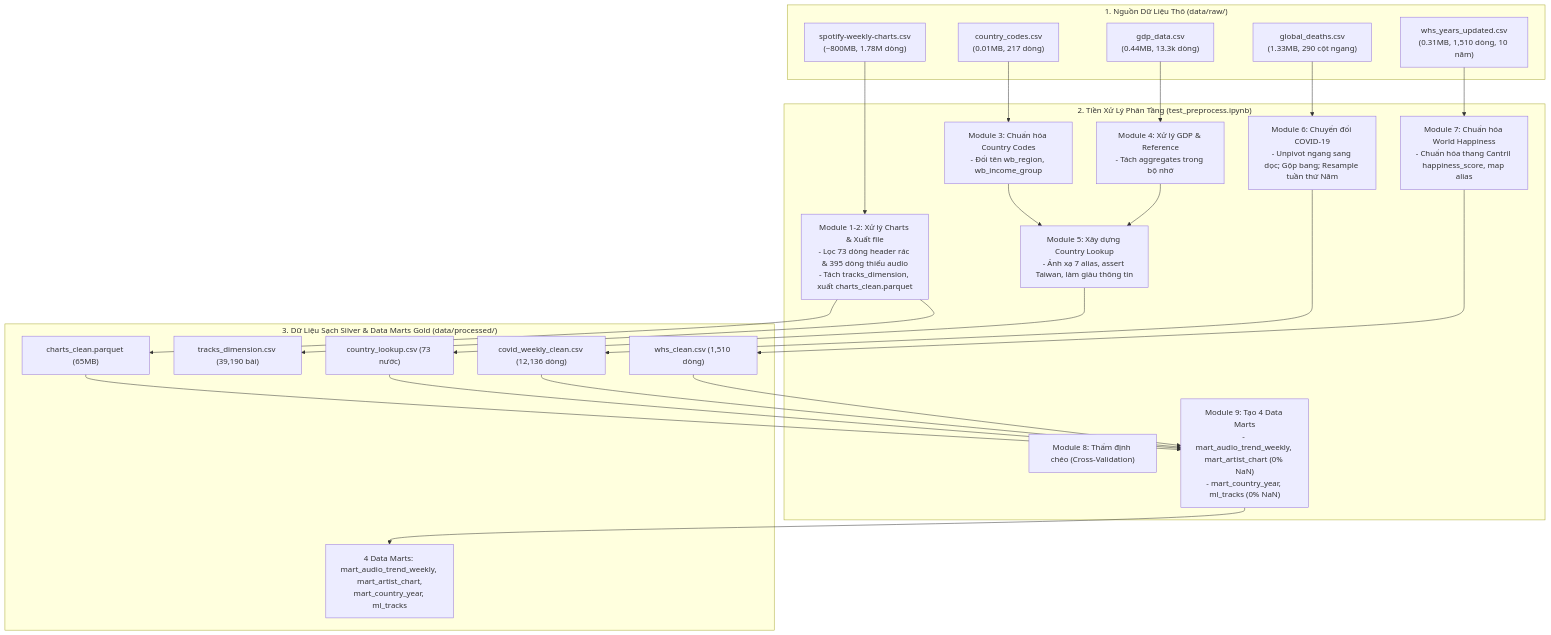
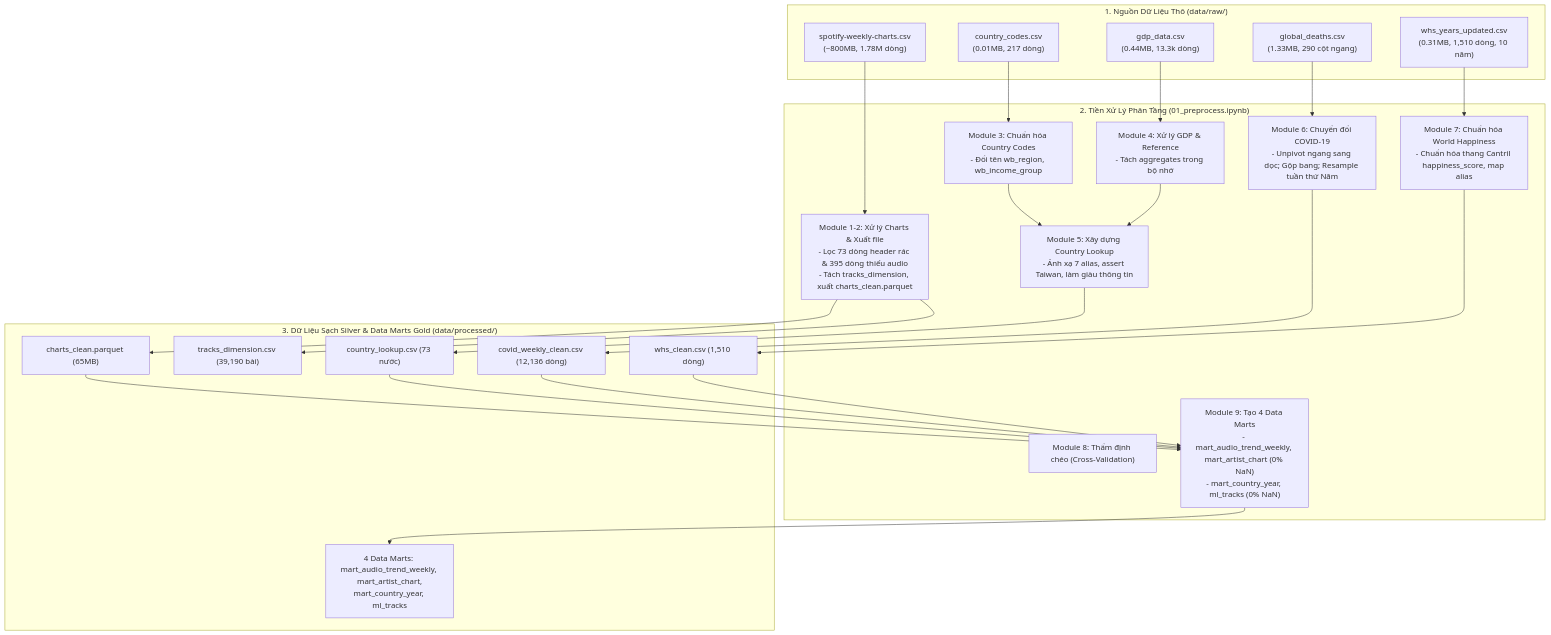
The fourth of 5 diagrams in docs/BAO_CAO_KHAO_SAT_DU_LIEU.md (lyhiahan/Spotify_Audio_Trends_Analytics), drawn with Mermaid before and after one commit. The commit also changed other lines of this file and 5 other files, not shown here.

````diff
--- a/docs/BAO_CAO_KHAO_SAT_DU_LIEU.md
+++ b/docs/BAO_CAO_KHAO_SAT_DU_LIEU.md
@@ -244,38 +252,38 @@
 ```mermaid
 flowchart TD
     subgraph RawData["1. Nguồn Dữ Liệu Thô (data/raw/)"]
         R_Charts["spotify-weekly-charts.csv<br/>(~800MB, 1.78M dòng)"]
         R_WHS["whs_years_updated.csv<br/>(0.31MB, 1,510 dòng, 10 năm)"]
         R_Covid["global_deaths.csv<br/>(1.33MB, 290 cột ngang)"]
         R_GDP["gdp_data.csv<br/>(0.44MB, 13.3k dòng)"]
         R_CC["country_codes.csv<br/>(0.01MB, 217 dòng)"]
     end
 
-    subgraph CleaningSteps["2. Tiền Xử Lý Phân Tầng (test_preprocess.ipynb)"]
+    subgraph CleaningSteps["2. Tiền Xử Lý Phân Tầng (01_preprocess.ipynb)"]
         C_Charts["Module 1-2: Xử lý Charts & Xuất file<br/>- Lọc 73 dòng header rác & 395 dòng thiếu audio<br/>- Tách tracks_dimension, xuất charts_clean.parquet"]
         C_CC["Module 3: Chuẩn hóa Country Codes<br/>- Đổi tên wb_region, wb_income_group"]
         C_GDP["Module 4: Xử lý GDP & Reference<br/>- Tách aggregates trong bộ nhớ"]
         C_Lookup["Module 5: Xây dựng Country Lookup<br/>- Ánh xạ 7 alias, assert Taiwan, làm giàu thông tin"]
         C_Covid["Module 6: Chuyển đổi COVID-19<br/>- Unpivot ngang sang dọc; Gộp bang; Resample tuần thứ Năm"]
         C_WHS["Module 7: Chuẩn hóa World Happiness<br/>- Chuẩn hóa thang Cantril happiness_score, map alias"]
         C_Val["Module 8: Thẩm định chéo (Cross-Validation)"]
         C_Marts["Module 9: Tạo 4 Data Marts<br/>- mart_audio_trend_weekly, mart_artist_chart (0% NaN)<br/>- mart_country_year, ml_tracks (0% NaN)"]
     end
 
     subgraph ProcessedOutputs["3. Dữ Liệu Sạch Silver & Data Marts Gold (data/processed/)"]
         O_Charts["charts_clean.parquet (65MB)"]
         O_Tracks["tracks_dimension.csv (39,190 bài)"]
         O_Lookup["country_lookup.csv (73 nước)"]
         O_Covid["covid_weekly_clean.csv (12,136 dòng)"]
         O_WHS["whs_clean.csv (1,510 dòng)"]
         O_Marts["4 Data Marts: mart_audio_trend_weekly, mart_artist_chart,<br/>mart_country_year, ml_tracks"]
     end
 
     R_Charts --> C_Charts --> O_Charts & O_Tracks
     R_CC --> C_CC --> C_Lookup
     R_GDP --> C_GDP --> C_Lookup
     C_Lookup --> O_Lookup
     R_Covid --> C_Covid --> O_Covid
     R_WHS --> C_WHS --> O_WHS
     O_Charts & O_Lookup & O_Covid & O_WHS --> C_Marts --> O_Marts
 ```
````
